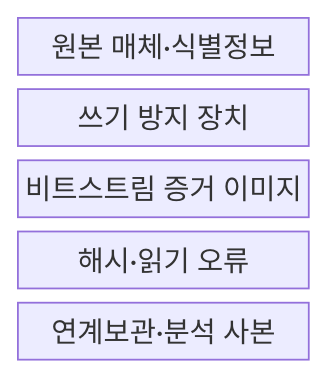
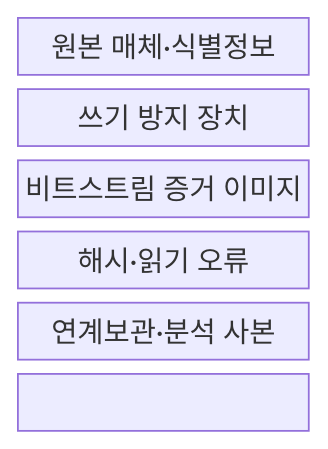
Before and after one commit to agnusdei1207/knowledge-base: the first of 2 diagrams in src/content/docs/notes/05-security/116_disk_imaging_hash_integrity.md, drawn with Mermaid. The commit also changed other lines of this file and 151 other files, not shown here.

````diff
--- a/src/content/docs/notes/05-security/116_disk_imaging_hash_integrity.md
+++ b/src/content/docs/notes/05-security/116_disk_imaging_hash_integrity.md
@@ -52,9 +52,11 @@
 ```mermaid
 block-beta
   columns 1
   O["원본 매체·식별정보"]
   W["쓰기 방지 장치"]
   I["비트스트림 증거 이미지"]
   H["해시·읽기 오류"]
   C["연계보관·분석 사본"]
+  O --- W --- I
+  I --- H --- C
 ```
````
